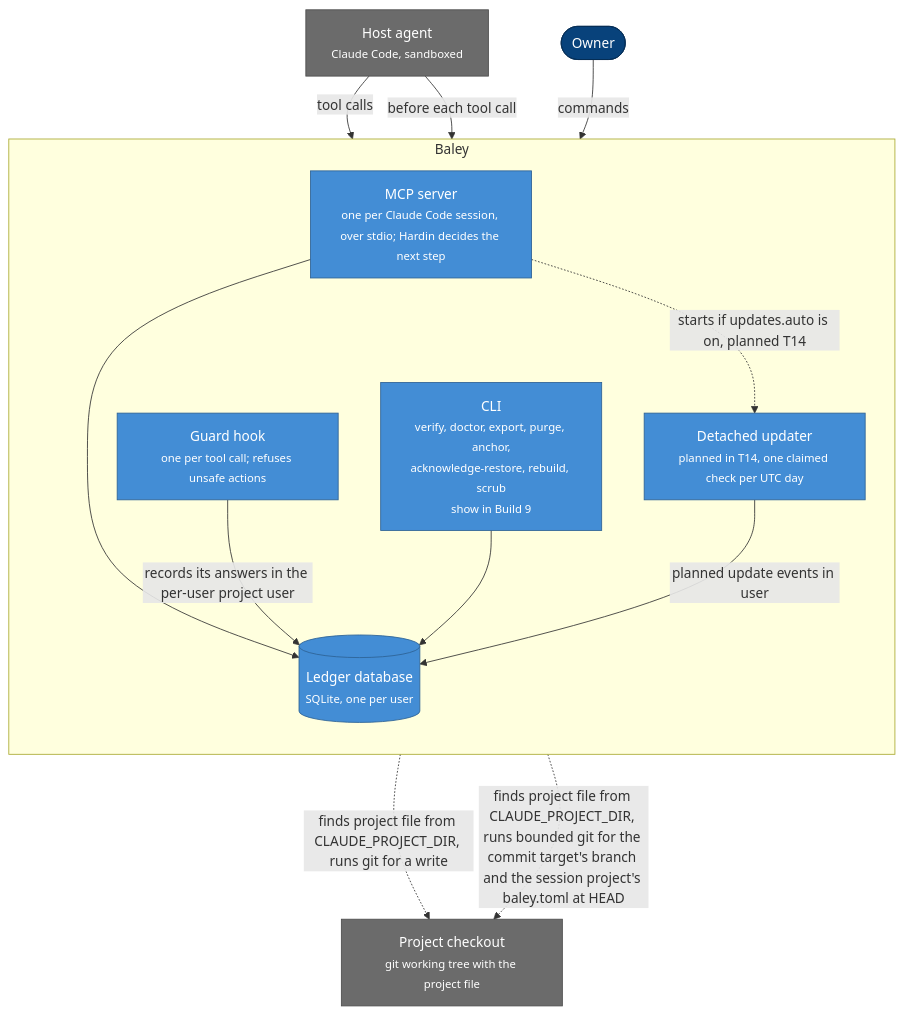
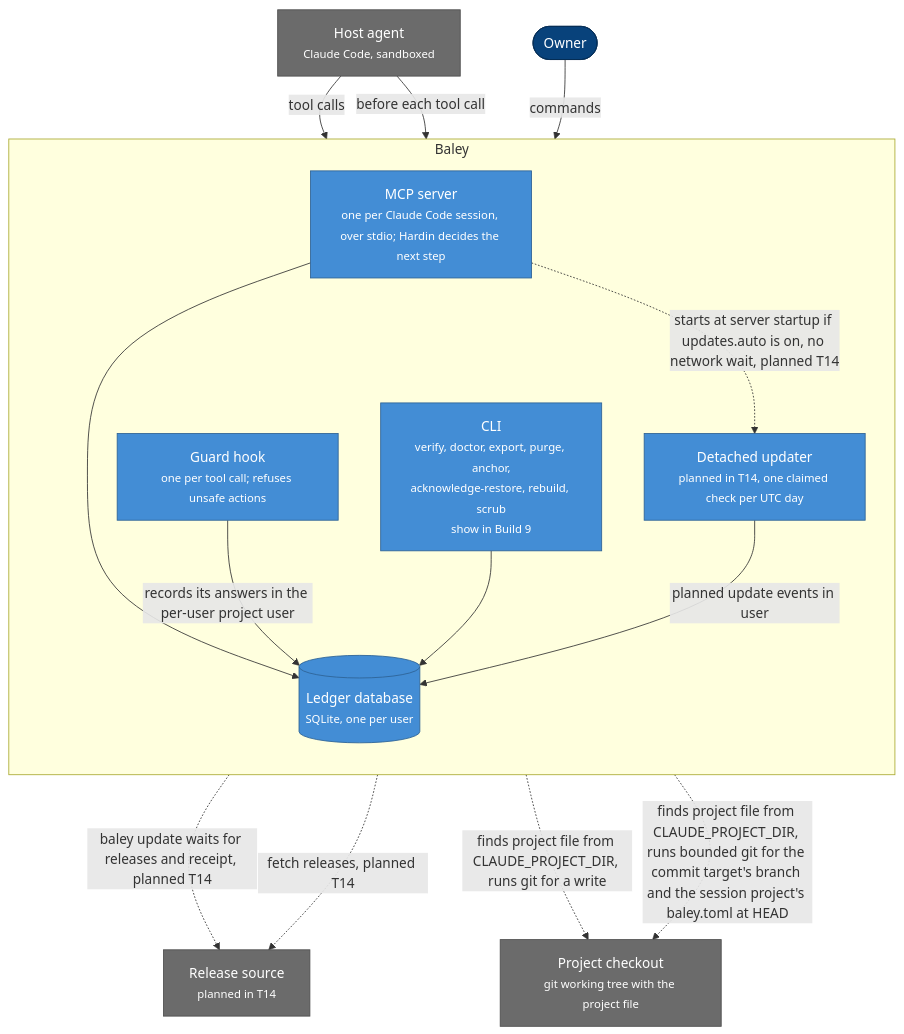
Before and after one commit to crenshawdev/baley: the second of 14 diagrams in docs/design/0001-evidence-ledger.md, drawn with Mermaid. The commit also changed other lines of this file and 4 other files, not shown here.

````diff
--- a/docs/design/0001-evidence-ledger.md
+++ b/docs/design/0001-evidence-ledger.md
@@ -158,30 +158,33 @@
 ```mermaid
 flowchart TB
   owner(["Owner"])
   host["Host agent<br/><small>Claude Code, sandboxed</small>"]
   subgraph baley [Baley]
     direction TB
     server["MCP server<br/><small>one per Claude Code session, over stdio; Hardin decides the next step</small>"]
     guard["Guard hook<br/><small>one per tool call; refuses unsafe actions</small>"]
     cli["CLI<br/><small>verify, doctor, export, purge, anchor,<br/>acknowledge-restore, rebuild, scrub<br/>show in Build 9</small>"]
     updater["Detached updater<br/><small>planned in T14, one claimed check per UTC day</small>"]
     db[("Ledger database<br/><small>SQLite, one per user</small>")]
   end
+  releases["Release source<br/><small>planned in T14</small>"]
   checkout["Project checkout<br/><small>git working tree with the project file</small>"]
   host -->|tool calls| server
   host -->|before each tool call| guard
   owner -->|commands| cli
   server --> db
   guard -->|records its answers in the per-user project user| db
   cli --> db
-  server -.->|starts if updates.auto is on, planned T14| updater
+  server -.->|starts at server startup if updates.auto is on, no network wait, planned T14| updater
   updater -->|planned update events in user| db
+  cli -.->|baley update waits for releases and receipt, planned T14| releases
+  updater -.->|fetch releases, planned T14| releases
   server -.->|finds project file from CLAUDE_PROJECT_DIR, runs git for a write| checkout
   guard -.->|finds project file from CLAUDE_PROJECT_DIR, runs bounded git for the commit target's branch and the session project's baley.toml at HEAD| checkout
   classDef person fill:#08427b,stroke:#052e56,color:#fff
   classDef container fill:#438dd5,stroke:#2e6295,color:#fff
   classDef external fill:#6b6b6b,stroke:#4d4d4d,color:#fff
   class owner person
   class server,guard,cli,updater,db container
-  class host,checkout external
+  class host,checkout,releases external
 ```
````
